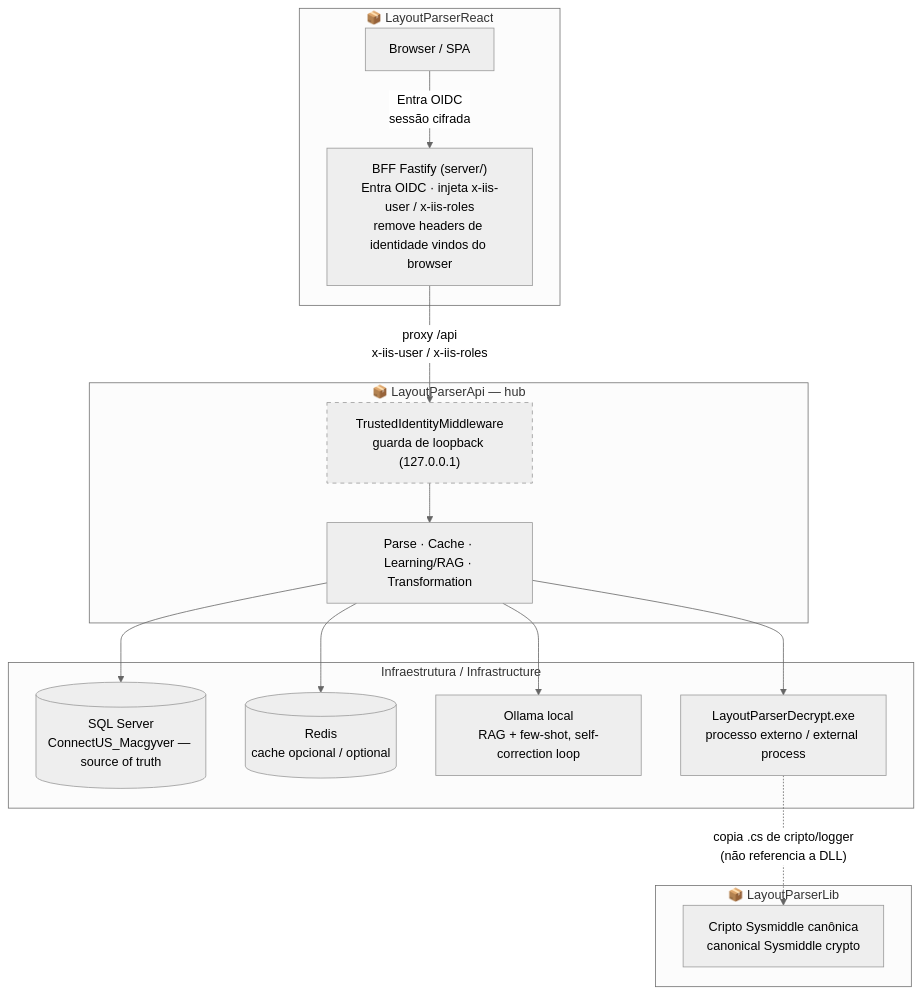
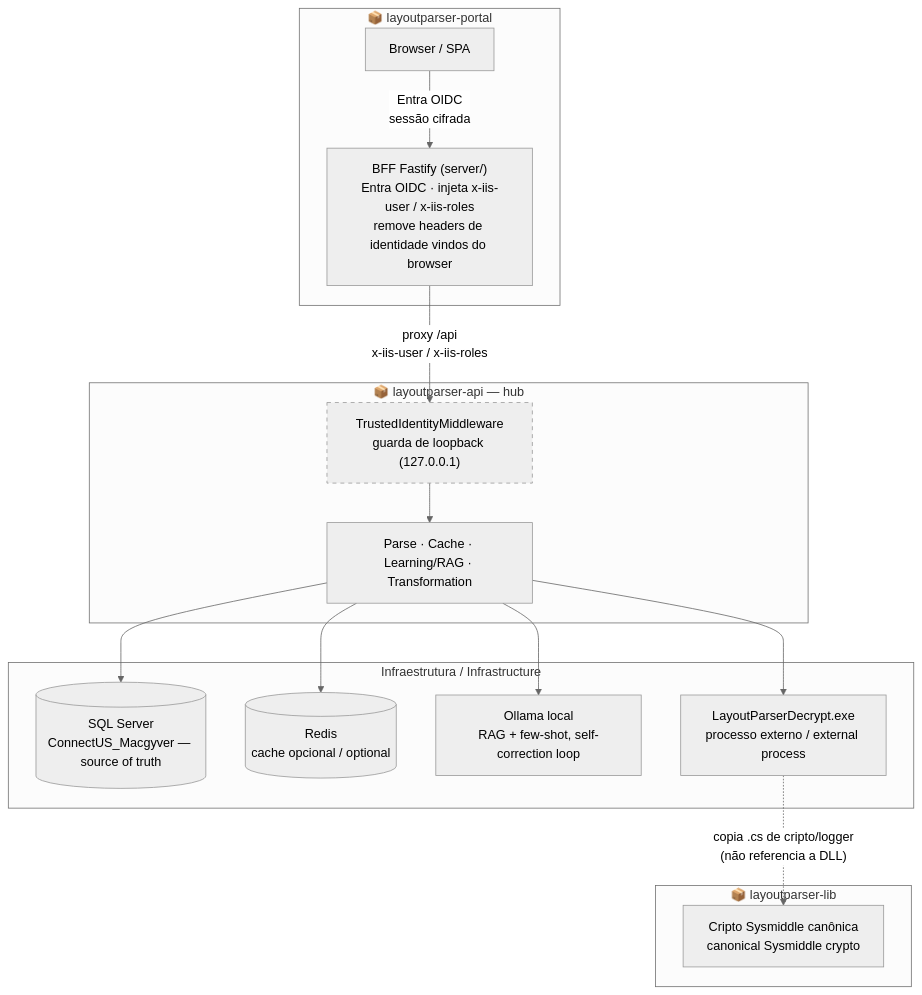
One commit to LayoutParser/LayoutParserApi changed the diagram in docs/organizacao/README-org-LayoutParser.md. Above: the diagram before and after it, drawn with Mermaid (neutral theme). The commit also changed other lines of this file and 1 other file, not shown here.

````diff
--- a/docs/organizacao/README-org-LayoutParser.md
+++ b/docs/organizacao/README-org-LayoutParser.md
@@ -85,35 +85,35 @@
 ```mermaid
 flowchart TB
-    subgraph React["📦 LayoutParserReact"]
+    subgraph React["📦 layoutparser-portal"]
         Browser["Browser / SPA"]
         BFF["BFF Fastify (server/)<br/>Entra OIDC · injeta x-iis-user / x-iis-roles<br/>remove headers de identidade vindos do browser"]
     end
 
-    subgraph Api["📦 LayoutParserApi — hub"]
+    subgraph Api["📦 layoutparser-api — hub"]
         MW["TrustedIdentityMiddleware<br/>guarda de loopback (127.0.0.1)"]
         Core["Parse · Cache · Learning/RAG · Transformation"]
     end
 
     subgraph Infra["Infraestrutura / Infrastructure"]
         SQL[("SQL Server<br/>ConnectUS_Macgyver — source of truth")]
         Redis[("Redis<br/>cache opcional / optional")]
         Ollama["Ollama local<br/>RAG + few-shot, self-correction loop"]
         DecryptExe["LayoutParserDecrypt.exe<br/>processo externo / external process"]
     end
 
-    subgraph Lib["📦 LayoutParserLib"]
+    subgraph Lib["📦 layoutparser-lib"]
         Crypto["Cripto Sysmiddle canônica<br/>canonical Sysmiddle crypto"]
     end
 
     Browser -->|"Entra OIDC<br/>sessão cifrada"| BFF
     BFF -->|"proxy /api<br/>x-iis-user / x-iis-roles"| MW
     MW --> Core
     Core --> SQL
     Core --> Redis
     Core --> Ollama
     Core --> DecryptExe
     DecryptExe -. "copia .cs de cripto/logger<br/>(não referencia a DLL)" .-> Crypto
 
     classDef pending stroke-dasharray: 5 5
     class MW pending
 ```
````
